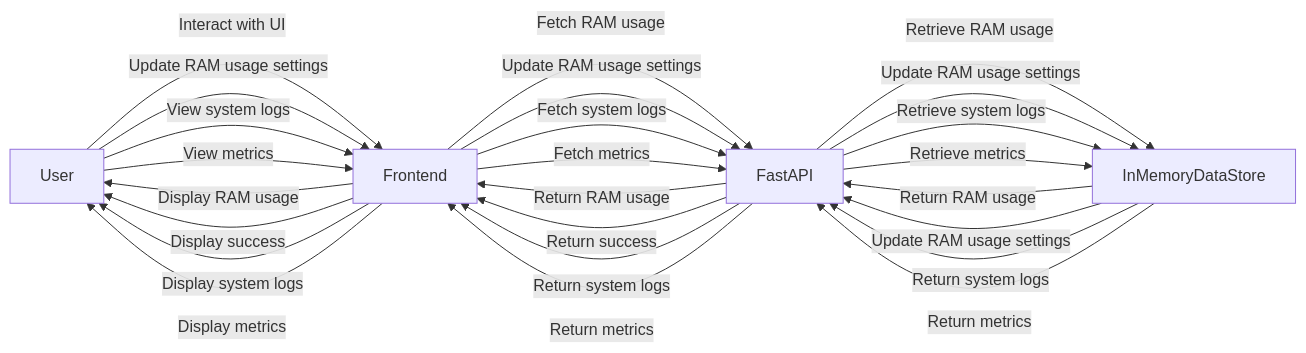
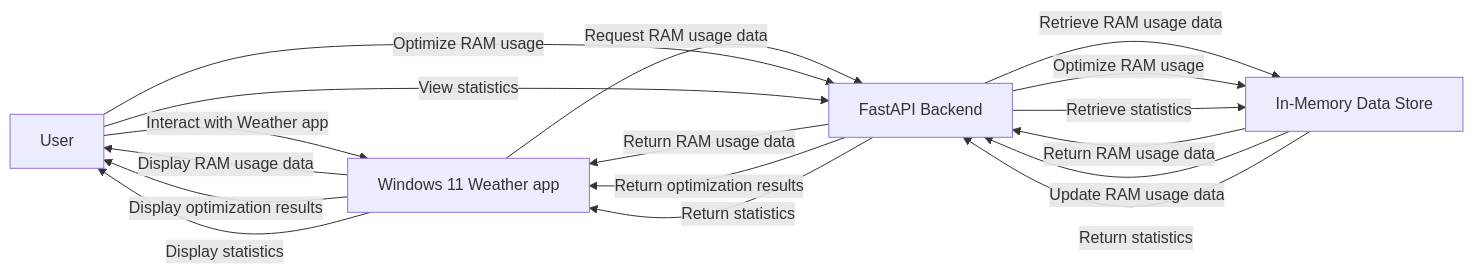
One commit to coddyieee-sketch/ram-weather-optimizer-tool changed the diagram in README.md. Above: the diagram before and after it, drawn with Mermaid. The commit also changed other lines of this file and 6 other files, not shown here.

First line of the commit message:
feat: initial release of ram-weather-optimizer-tool for 'Windows 11's built-in Weather app wastes more than 1 GB of RAM'

````diff
--- a/README.md
+++ b/README.md
@@ -26,27 +25,19 @@
 ```mermaid
 graph LR
-    User -->|Interact with UI| Frontend
-    Frontend -->|Fetch RAM usage| FastAPI
-    FastAPI -->|Retrieve RAM usage| InMemoryDataStore
-    InMemoryDataStore -->|Return RAM usage| FastAPI
-    FastAPI -->|Return RAM usage| Frontend
-    Frontend -->|Display RAM usage| User
-    User -->|Update RAM usage settings| Frontend
-    Frontend -->|Update RAM usage settings| FastAPI
-    FastAPI -->|Update RAM usage settings| InMemoryDataStore
-    InMemoryDataStore -->|Update RAM usage settings| FastAPI
-    FastAPI -->|Return success| Frontend
-    Frontend -->|Display success| User
-    User -->|View system logs| Frontend
-    Frontend -->|Fetch system logs| FastAPI
-    FastAPI -->|Retrieve system logs| InMemoryDataStore
-    InMemoryDataStore -->|Return system logs| FastAPI
-    FastAPI -->|Return system logs| Frontend
-    Frontend -->|Display system logs| User
-    User -->|View metrics| Frontend
-    Frontend -->|Fetch metrics| FastAPI
-    FastAPI -->|Retrieve metrics| InMemoryDataStore
-    InMemoryDataStore -->|Return metrics| FastAPI
-    FastAPI -->|Return metrics| Frontend
-    Frontend -->|Display metrics| User
+    A[User] -->|Interact with Weather app| B[Windows 11 Weather app]
+    B -->|Request RAM usage data| C[FastAPI Backend]
+    C -->|Retrieve RAM usage data| D[In-Memory Data Store]
+    D -->|Return RAM usage data| C
+    C -->|Return RAM usage data| B
+    B -->|Display RAM usage data| A
+    A -->|Optimize RAM usage| C
+    C -->|Optimize RAM usage| D
+    D -->|Update RAM usage data| C
+    C -->|Return optimization results| B
+    B -->|Display optimization results| A
+    A -->|View statistics| C
+    C -->|Retrieve statistics| D
+    D -->|Return statistics| C
+    C -->|Return statistics| B
+    B -->|Display statistics| A
 ```
````
